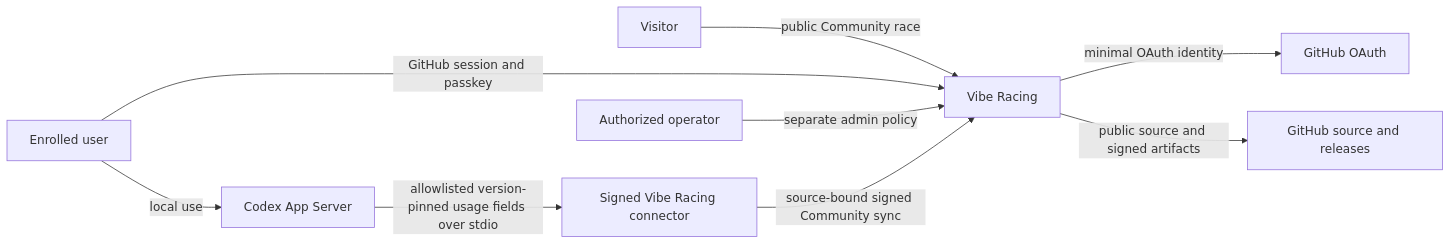
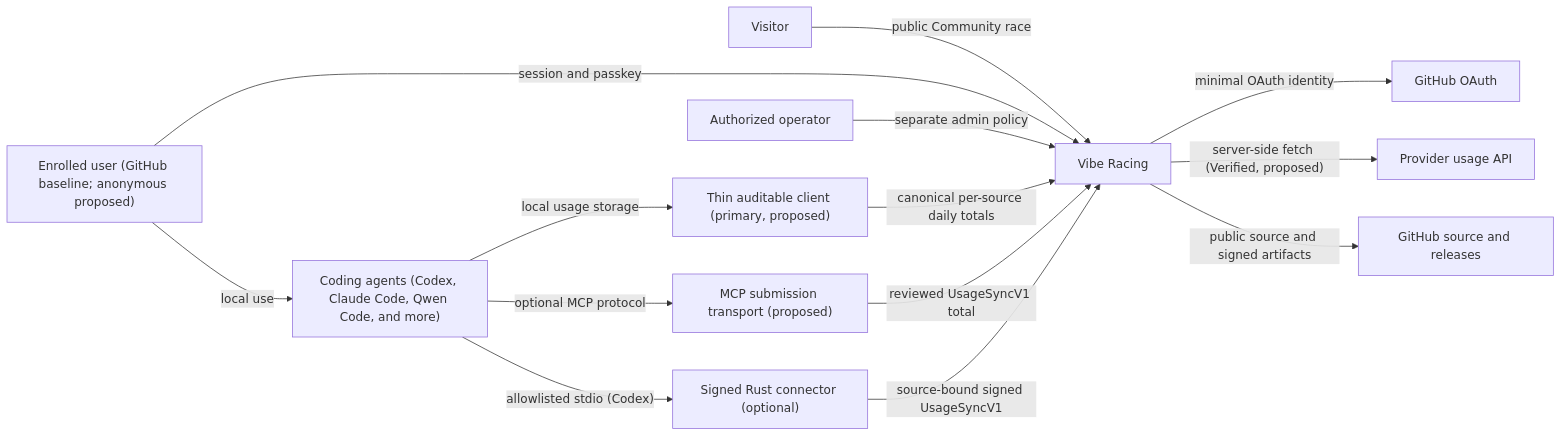
Before and after one commit to Tah10n/viberacing: the first of 2 diagrams in docs/architecture/SYSTEM_CONTEXT.md, drawn with Mermaid. The commit also changed other lines of this file and 49 other files, not shown here.

````diff
--- a/docs/architecture/SYSTEM_CONTEXT.md
+++ b/docs/architecture/SYSTEM_CONTEXT.md
@@ -60,11 +40,16 @@
 ```mermaid
 flowchart LR
   Visitor["Visitor"] -->|"public Community race"| VR["Vibe Racing"]
-  User["Enrolled user"] -->|"GitHub session and passkey"| VR
+  User["Enrolled user (GitHub baseline; anonymous proposed)"] -->|"session and passkey"| VR
   Operator["Authorized operator"] -->|"separate admin policy"| VR
   VR -->|"minimal OAuth identity"| GitHub["GitHub OAuth"]
-  User -->|"local use"| Codex["Codex App Server"]
-  Codex -->|"allowlisted version-pinned usage fields over stdio"| Connector["Signed Vibe Racing connector"]
-  Connector -->|"source-bound signed Community sync"| VR
+  User -->|"local use"| Agents["Coding agents (Codex, Claude Code, Qwen Code, and more)"]
+  Agents -->|"local usage storage"| ThinClient["Thin auditable client (primary, proposed)"]
+  ThinClient -->|"canonical per-source daily totals"| VR
+  Agents -->|"optional MCP protocol"| MCP["MCP submission transport (proposed)"]
+  MCP -->|"reviewed UsageSyncV1 total"| VR
+  Agents -->|"allowlisted stdio (Codex)"| Connector["Signed Rust connector (optional)"]
+  Connector -->|"source-bound signed UsageSyncV1"| VR
+  VR -->|"server-side fetch (Verified, proposed)"| ProviderAPI["Provider usage API"]
   VR -->|"public source and signed artifacts"| Release["GitHub source and releases"]
 ```
````
